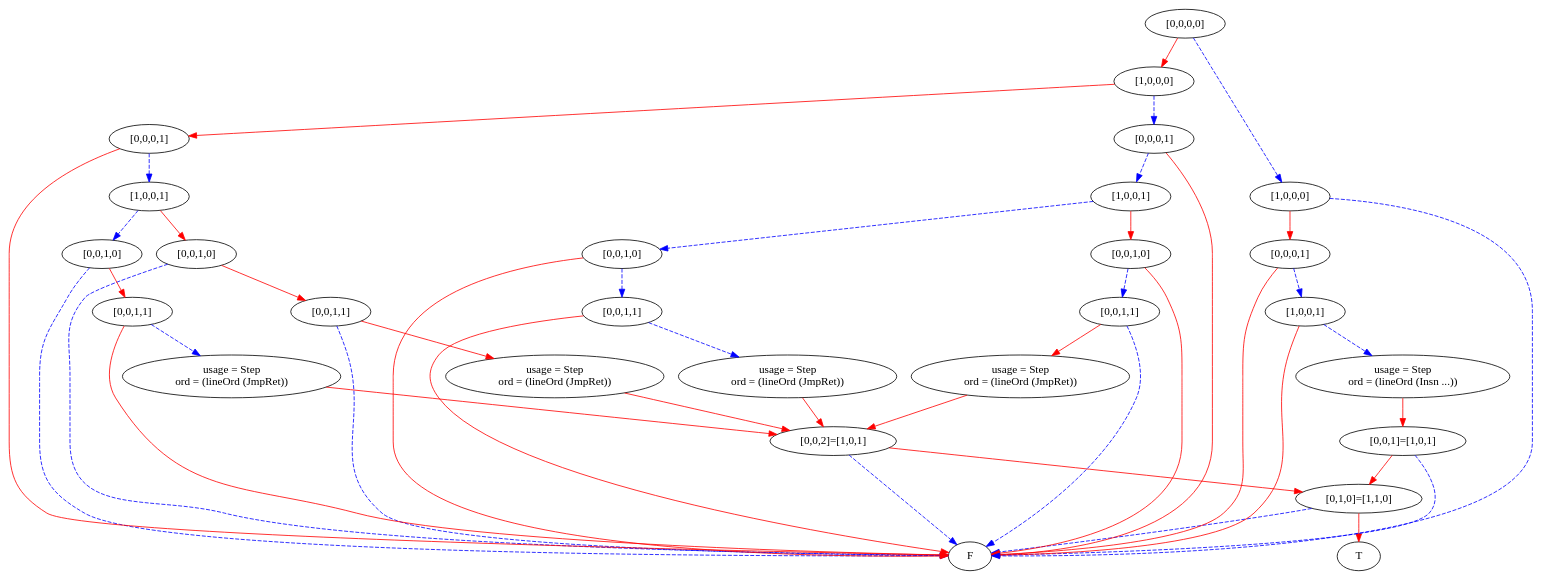
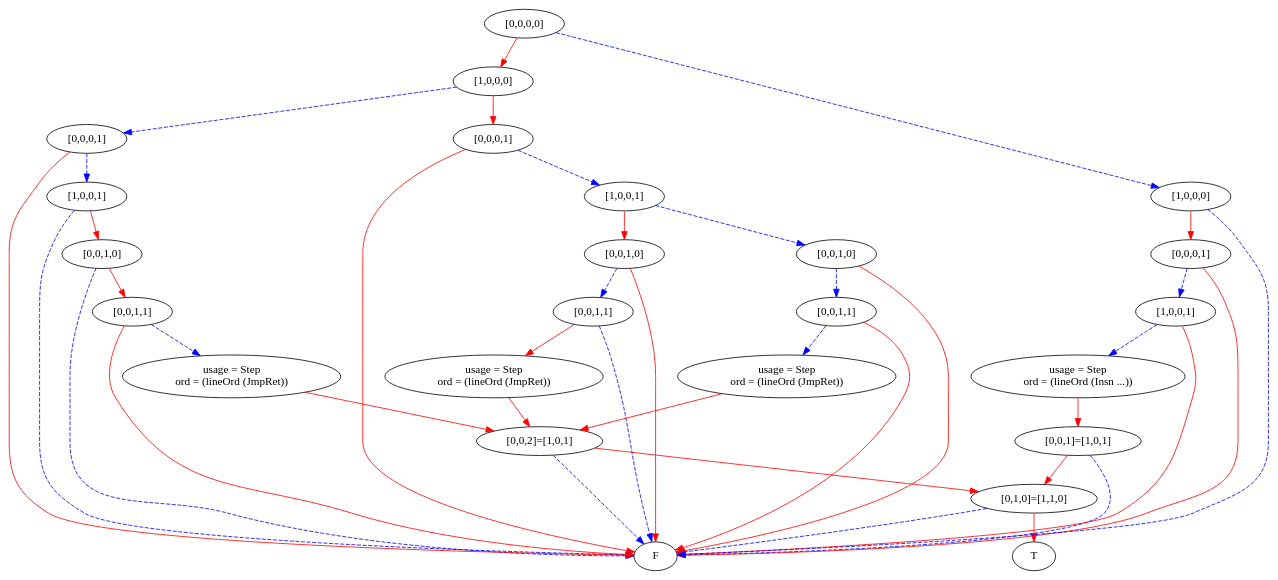
Before and after one commit to mburyakov/minxmod: the diagram in simpleProgram2.dot, drawn with Graphviz. The commit also changed 5 other files, not shown here.

```diff
--- a/simpleProgram2.dot
+++ b/simpleProgram2.dot
@@ -1,94 +1,84 @@
 digraph {
     1 [label=F];
     2 [label=T];
     3 [label="[0,1,0]=[1,1,0]"];
     4 [label="[0,0,2]=[1,0,1]"];
     5 [label="usage = Step\nord = (lineOrd (JmpRet))"];
     6 [label="[0,0,1,1]"];
     7 [label="[0,0,1,0]"];
     8 [label="usage = Step\nord = (lineOrd (JmpRet))"];
     9 [label="[0,0,1,1]"];
     10 [label="[0,0,1,0]"];
     11 [label="[1,0,0,1]"];
     12 [label="[0,0,0,1]"];
     13 [label="usage = Step\nord = (lineOrd (JmpRet))"];
     14 [label="[0,0,1,1]"];
     15 [label="[0,0,1,0]"];
-    16 [label="usage = Step\nord = (lineOrd (JmpRet))"];
-    17 [label="[0,0,1,1]"];
-    18 [label="[0,0,1,0]"];
-    19 [label="[1,0,0,1]"];
-    20 [label="[0,0,0,1]"];
-    21 [label="[1,0,0,0]"];
-    22 [label="[0,0,1]=[1,0,1]"];
-    23 [label="usage = Step\nord = (lineOrd (Insn ...))"];
-    24 [label="[1,0,0,1]"];
-    25 [label="[0,0,0,1]"];
-    26 [label="[1,0,0,0]"];
-    27 [label="[0,0,0,0]"];
+    16 [label="[1,0,0,1]"];
+    17 [label="[0,0,0,1]"];
+    18 [label="[1,0,0,0]"];
+    19 [label="[0,0,1]=[1,0,1]"];
+    20 [label="usage = Step\nord = (lineOrd (Insn ...))"];
+    21 [label="[1,0,0,1]"];
+    22 [label="[0,0,0,1]"];
+    23 [label="[1,0,0,0]"];
+    24 [label="[0,0,0,0]"];
     3 -> 1 [style=dashed
            ,color=blue];
     3 -> 2 [color=red];
     4 -> 3 [color=red];
     4 -> 1 [style=dashed
            ,color=blue];
     5 -> 4 [color=red];
     6 -> 5 [color=red];
     6 -> 1 [style=dashed
            ,color=blue];
-    7 -> 6 [color=red];
-    7 -> 1 [style=dashed
+    7 -> 6 [style=dashed
            ,color=blue];
+    7 -> 1 [color=red];
     8 -> 4 [color=red];
     9 -> 8 [style=dashed
            ,color=blue];
     9 -> 1 [color=red];
-    10 -> 9 [color=red];
-    10 -> 1 [style=dashed
+    10 -> 9 [style=dashed
             ,color=blue];
+    10 -> 1 [color=red];
     11 -> 7 [color=red];
     11 -> 10 [style=dashed
              ,color=blue];
     12 -> 11 [style=dashed
              ,color=blue];
     12 -> 1 [color=red];
     13 -> 4 [color=red];
-    14 -> 13 [color=red];
-    14 -> 1 [style=dashed
+    14 -> 13 [style=dashed
+             ,color=blue];
+    14 -> 1 [color=red];
+    15 -> 14 [color=red];
+    15 -> 1 [style=dashed
             ,color=blue];
-    15 -> 14 [style=dashed
-             ,color=blue];
-    15 -> 1 [color=red];
-    16 -> 4 [color=red];
+    16 -> 15 [color=red];
+    16 -> 1 [style=dashed
+            ,color=blue];
     17 -> 16 [style=dashed
              ,color=blue];
     17 -> 1 [color=red];
+    18 -> 12 [color=red];
     18 -> 17 [style=dashed
              ,color=blue];
-    18 -> 1 [color=red];
-    19 -> 15 [color=red];
-    19 -> 18 [style=dashed
-             ,color=blue];
-    20 -> 19 [style=dashed
-             ,color=blue];
-    20 -> 1 [color=red];
-    21 -> 12 [color=red];
+    19 -> 3 [color=red];
+    19 -> 1 [style=dashed
+            ,color=blue];
+    20 -> 19 [color=red];
     21 -> 20 [style=dashed
              ,color=blue];
-    22 -> 3 [color=red];
-    22 -> 1 [style=dashed
+    21 -> 1 [color=red];
+    22 -> 21 [style=dashed
+             ,color=blue];
+    22 -> 1 [color=red];
+    23 -> 22 [color=red];
+    23 -> 1 [style=dashed
             ,color=blue];
-    23 -> 22 [color=red];
+    24 -> 18 [color=red];
     24 -> 23 [style=dashed
              ,color=blue];
-    24 -> 1 [color=red];
-    25 -> 24 [style=dashed
-             ,color=blue];
-    25 -> 1 [color=red];
-    26 -> 25 [color=red];
-    26 -> 1 [style=dashed
-            ,color=blue];
-    27 -> 21 [color=red];
-    27 -> 26 [style=dashed
-             ,color=blue];
 }
```
